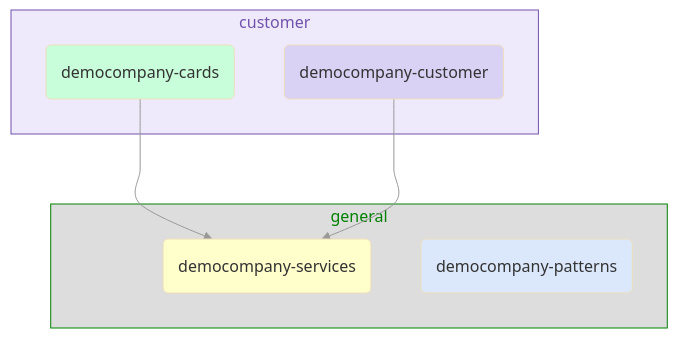
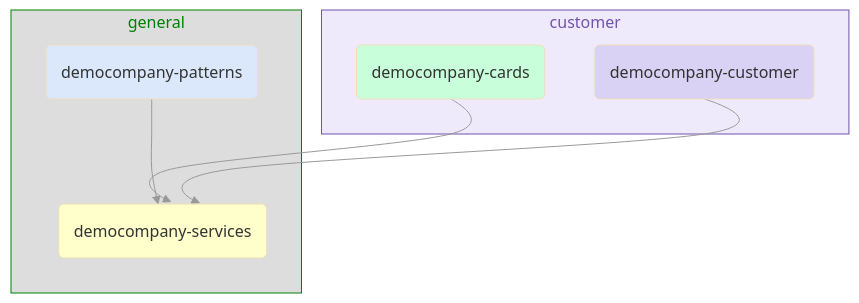
Before and after one commit to pme123/orchescala-democompany: the diagram in democompany-orchescala/00-docs/src/docs/overviewDependencies.md, drawn with Mermaid (base theme). The commit also changed other lines of this file and 75 other files, not shown here.

```diff
--- a/democompany-orchescala/00-docs/src/docs/overviewDependencies.md
+++ b/democompany-orchescala/00-docs/src/docs/overviewDependencies.md
@@ -19,43 +19,43 @@
 <div class="mermaid">
 %%{init: {"flowchart": {"htmlLabels": true, "curve": "cardinal", "useMaxWidth": true, "rankSpacing": 70}}
 }%%
 
 
 flowchart TB
 
    democompany-services
    
    style democompany-services fill:#ffffcc
 
 
    democompany-cards --> democompany-services
    click democompany-cards href "./dependencies/democompany-cards.html" "democompany-cards Dependencies"
    style democompany-cards fill:#c8feda
 
 
-   democompany-patterns
-   
+   democompany-patterns --> democompany-services
+   click democompany-patterns href "./dependencies/democompany-patterns.html" "democompany-patterns Dependencies"
    style democompany-patterns fill:#dbe8fb
 
 
    democompany-customer --> democompany-services
    click democompany-customer href "./dependencies/democompany-customer.html" "democompany-customer Dependencies"
    style democompany-customer fill:#d9d2f5
 
 
     subgraph customer
     democompany-cards(democompany-cards) & democompany-customer(democompany-customer)
     end
     
 
 
     subgraph general
     democompany-services(democompany-services) & democompany-patterns(democompany-patterns)
     end
     
    style customer fill:#efeafb,color:#7252ac,stroke:#7252ac;
    style general fill:#ddd,color:green,stroke:green;
    linkStyle default stroke:#999,color:red;
 
 
       </div>
```
